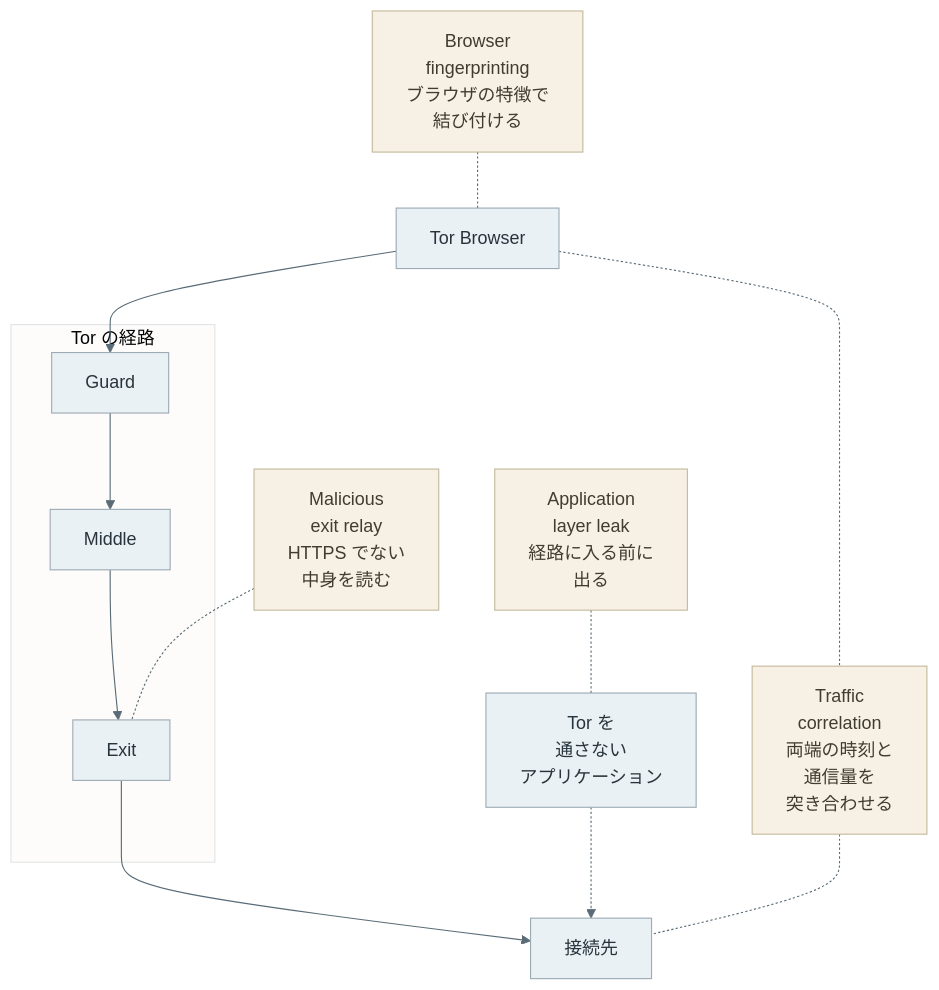
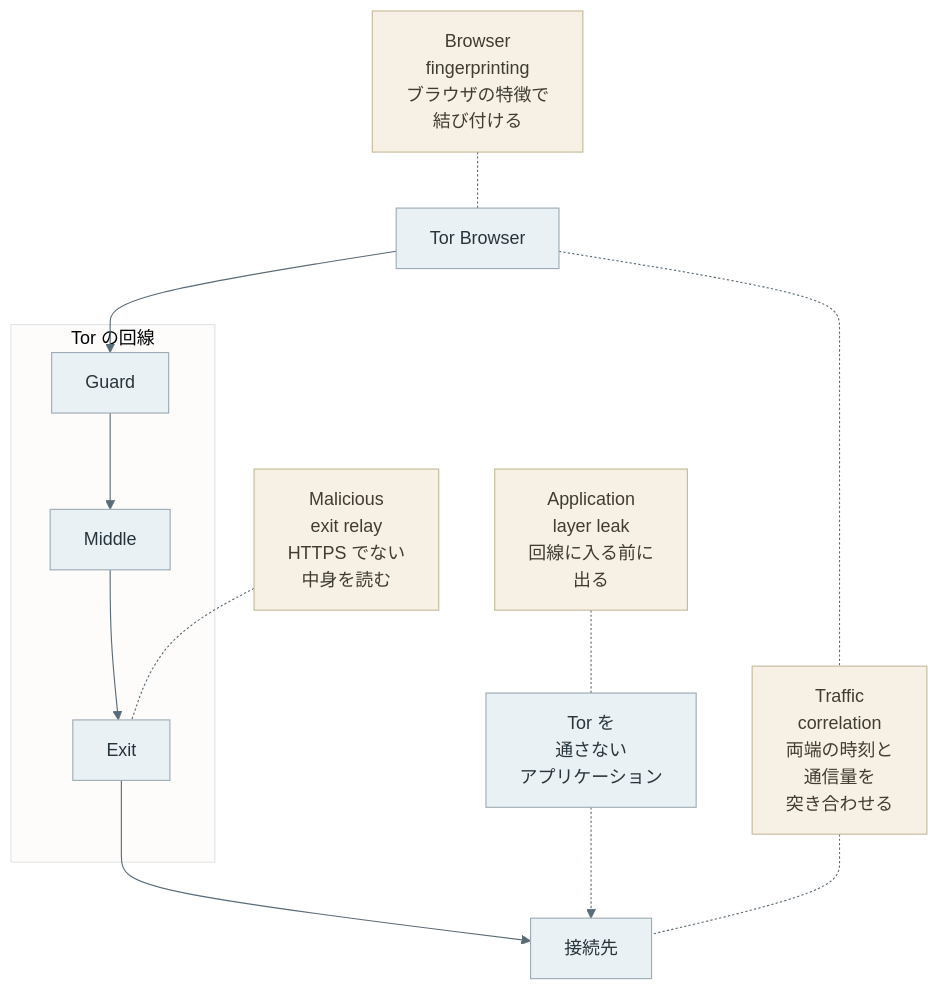
Before and after one commit to nao1215/debimate: the sixth of 7 diagrams in content/notes/security/tor/index.md, drawn with Mermaid. The commit also changed other lines of this file and 27 other files, not shown here.

````diff
--- a/content/notes/security/tor/index.md
+++ b/content/notes/security/tor/index.md
@@ -246,20 +246,20 @@
 ```mermaid
 %%{init: {"theme":"base","themeVariables":{"primaryColor":"#eaf1f5","primaryTextColor":"#28343b","primaryBorderColor":"#9cabb5","lineColor":"#596b76","textColor":"#28343b","actorBkg":"#eaf1f5","actorBorder":"#9cabb5","actorTextColor":"#28343b","actorLineColor":"#9cabb5","signalColor":"#596b76","signalTextColor":"#28343b","noteBkgColor":"#f7f1e5","noteBorderColor":"#c5b99b","noteTextColor":"#403c32","activationBkgColor":"#edf3ef","activationBorderColor":"#9aafa1"}}}%%
 flowchart TB
     BR["Tor Browser"] --> G
-    subgraph P["Tor の経路"]
+    subgraph P["Tor の回線"]
         G["Guard"] --> M["Middle"] --> X["Exit"]
     end
     X --> S["接続先"]
     APP["Tor を<br/>通さない<br/>アプリケーション"] -.-> S
     BF["Browser<br/>fingerprinting<br/>ブラウザの特徴で<br/>結び付ける"]:::note
     ME["Malicious<br/>exit relay<br/>HTTPS でない<br/>中身を読む"]:::note
-    AL["Application<br/>layer leak<br/>経路に入る前に<br/>出る"]:::note
+    AL["Application<br/>layer leak<br/>回線に入る前に<br/>出る"]:::note
     TC["Traffic<br/>correlation<br/>両端の時刻と<br/>通信量を<br/>突き合わせる"]:::note
     BF -.- BR
     ME -.- X
     AL -.- APP
     BR -.- TC -.- S
     classDef default fill:#eaf1f5,stroke:#9cabb5,color:#28343b;
     classDef note fill:#f7f1e5,stroke:#c5b99b,color:#403c32;
 ```
````
